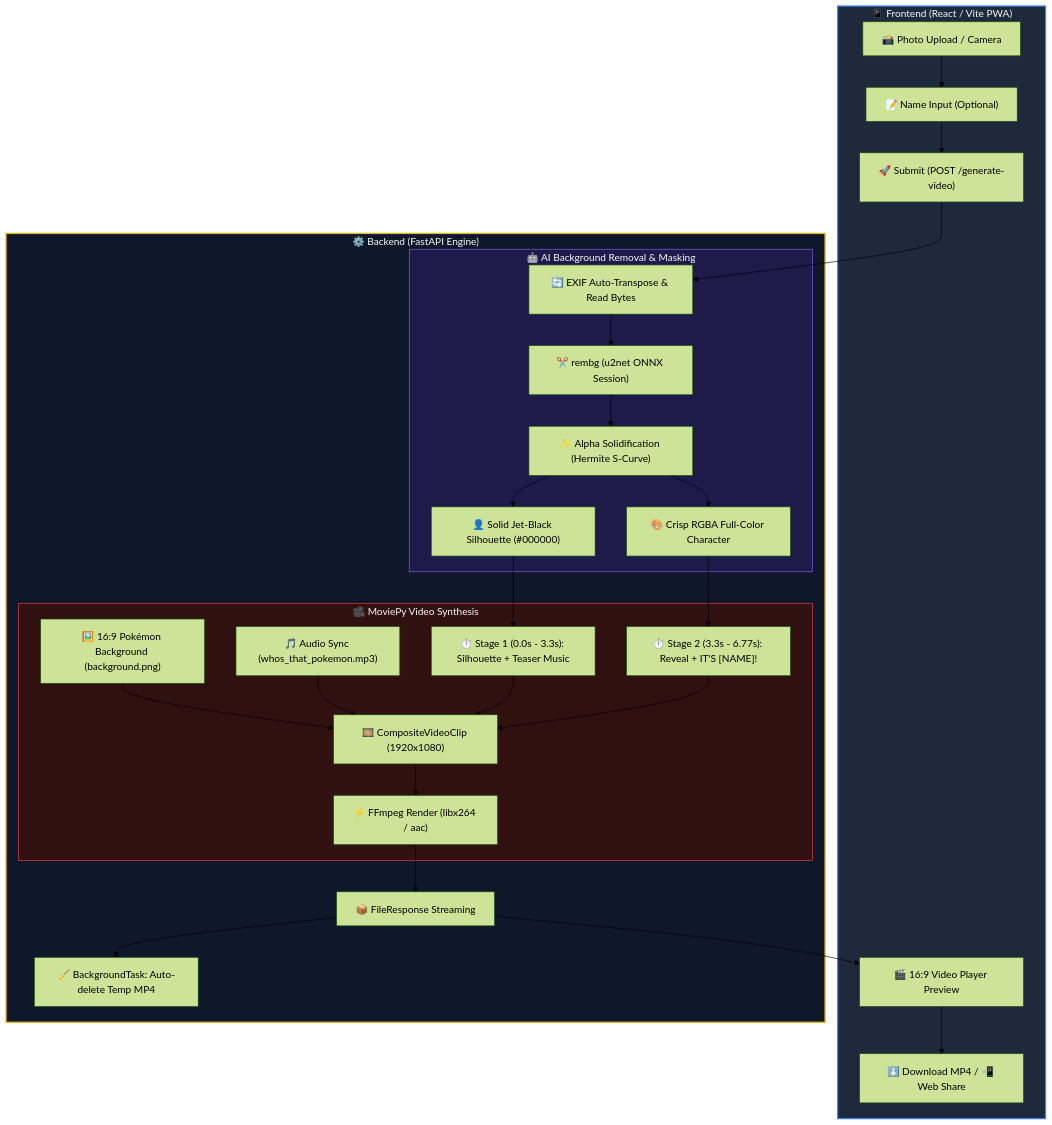
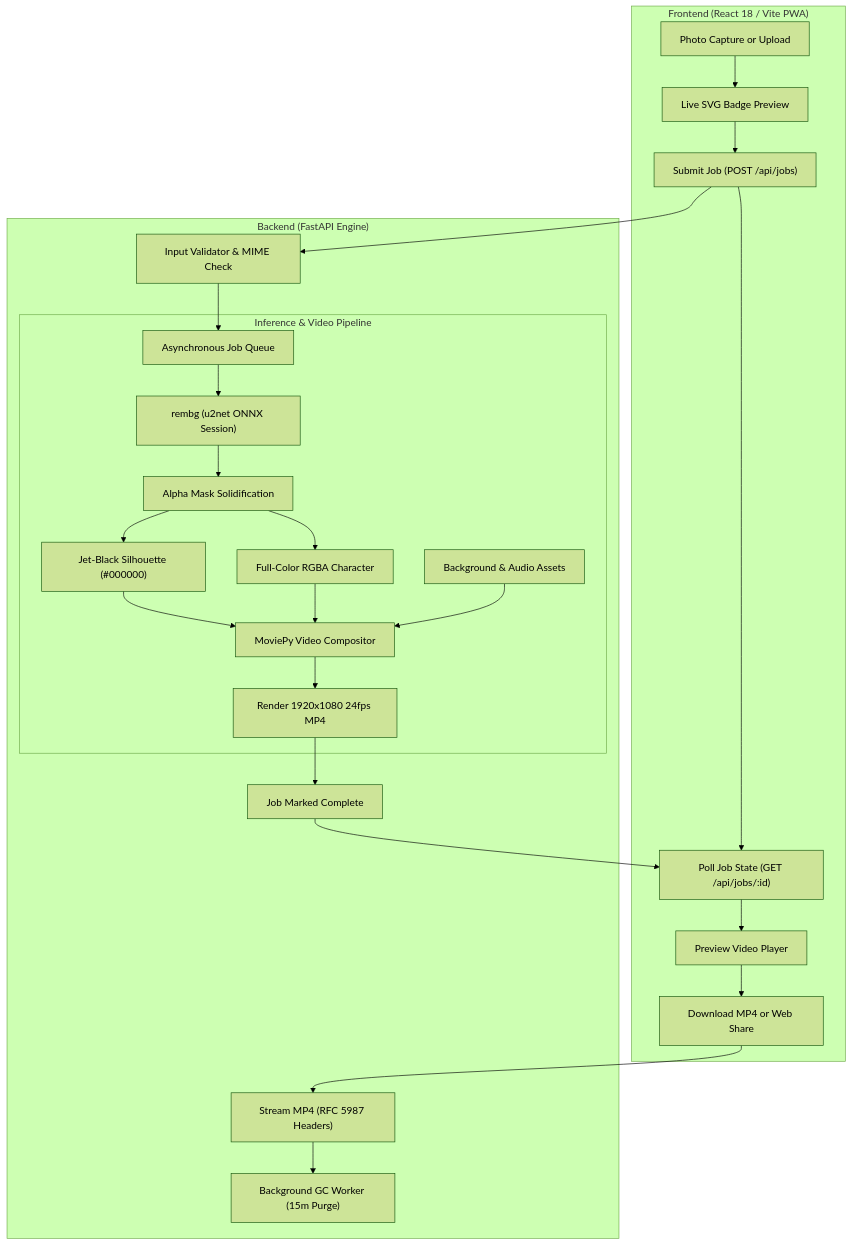
The diagram in README.md (AtaCanYmc/who-is-that-pykemon), drawn with Mermaid (forest theme) before and after one commit. The commit also changed other lines of this file and 21 other files, not shown here.

````diff
--- a/README.md
+++ b/README.md
@@ -69,41 +38,30 @@
 ```mermaid
 flowchart TD
-    subgraph Frontend["📱 Frontend (React / Vite PWA)"]
-        A["📸 Photo Upload / Camera"] --> B["📝 Name Input (Optional)"]
-        B --> C["🚀 Submit (POST /generate-video)"]
-        K["🎬 16:9 Video Player Preview"] --> L["⬇️ Download MP4 / 📲 Web Share"]
+    subgraph Frontend["Frontend (React 18 / Vite PWA)"]
+        UI_A["Photo Capture or Upload"] --> UI_B["Live SVG Badge Preview"]
+        UI_B --> UI_C["Submit Job (POST /api/jobs)"]
+        UI_C --> UI_D["Poll Job State (GET /api/jobs/:id)"]
+        UI_D --> UI_E["Preview Video Player"]
+        UI_E --> UI_F["Download MP4 or Web Share"]
     end
 
-    subgraph Backend["⚙️ Backend (FastAPI Engine)"]
-        C --> D["🔄 EXIF Auto-Transpose & Read Bytes"]
+    subgraph Backend["Backend (FastAPI Engine)"]
+        UI_C --> BE_A["Input Validator & MIME Check"]
+        BE_A --> BE_B["Asynchronous Job Queue"]
 
-        subgraph AIPipeline["🤖 AI Background Removal & Masking"]
-            D --> E["✂️ rembg (u2net ONNX Session)"]
-            E --> F["✨ Alpha Solidification (Hermite S-Curve)"]
-            F --> G["👤 Solid Jet-Black Silhouette (#000000)"]
-            F --> H["🎨 Crisp RGBA Full-Color Character"]
+        subgraph Pipeline["Inference & Video Pipeline"]
+            BE_B --> CV_A["rembg (u2net ONNX Session)"]
+            CV_A --> CV_B["Alpha Mask Solidification"]
+            CV_B --> CV_C["Jet-Black Silhouette (#000000)"]
+            CV_B --> CV_D["Full-Color RGBA Character"]
+            CV_C & CV_D --> MV_A["MoviePy Video Compositor"]
+            MV_B["Background & Audio Assets"] --> MV_A
+            MV_A --> MV_C["Render 1920x1080 24fps MP4"]
         end
 
-        subgraph VideoEngine["🎥 MoviePy Video Synthesis"]
-            I["🖼️ 16:9 Pokémon Background (background.png)"]
-            J["🎵 Audio Sync (whos_that_pokemon.mp3)"]
-            G --> M["⏱️ Stage 1 (0.0s - 3.3s): Silhouette + Teaser Music"]
-            H --> N["⏱️ Stage 2 (3.3s - 6.77s): Reveal + IT'S [NAME]!"]
-            I --> O["🎞️ CompositeVideoClip (1920x1080)"]
-            J --> O
-            M --> O
-            N --> O
-            O --> P["⚡ FFmpeg Render (libx264 / aac)"]
-        end
-
-        P --> Q["📦 FileResponse Streaming"]
-        Q --> R["🧹 BackgroundTask: Auto-delete Temp MP4"]
+        MV_C --> BE_C["Job Marked Complete"]
+        BE_C --> UI_D
+        UI_F --> BE_D["Stream MP4 (RFC 5987 Headers)"]
+        BE_D --> GC["Background GC Worker (15m Purge)"]
     end
-
-    Q --> K
-
-    style Frontend fill:#1e293b,stroke:#3b82f6,stroke-width:2px,color:#f8fafc
-    style Backend fill:#0f172a,stroke:#eab308,stroke-width:2px,color:#f8fafc
-    style AIPipeline fill:#1e1b4b,stroke:#8b5cf6,stroke-width:1px,color:#f8fafc
-    style VideoEngine fill:#311010,stroke:#ef4444,stroke-width:1px,color:#f8fafc
 ```
````
